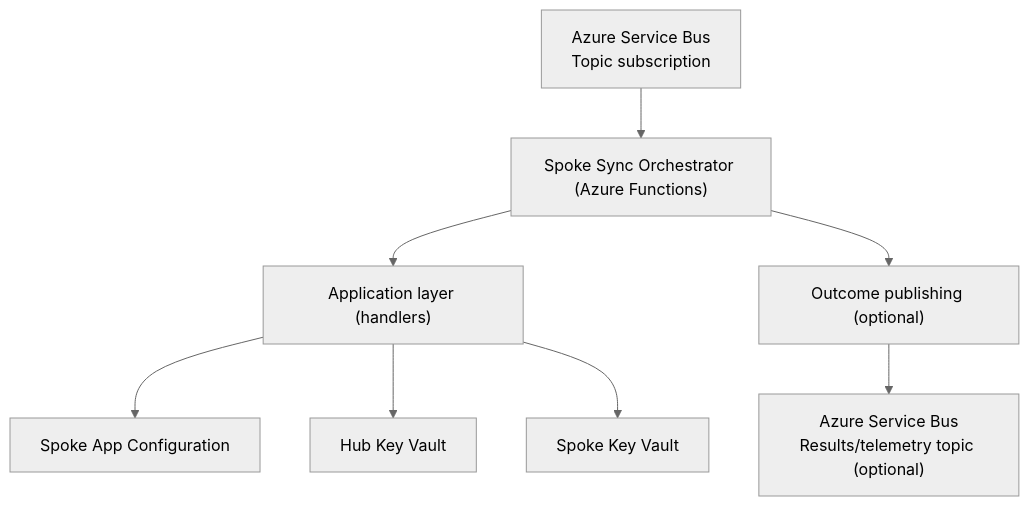
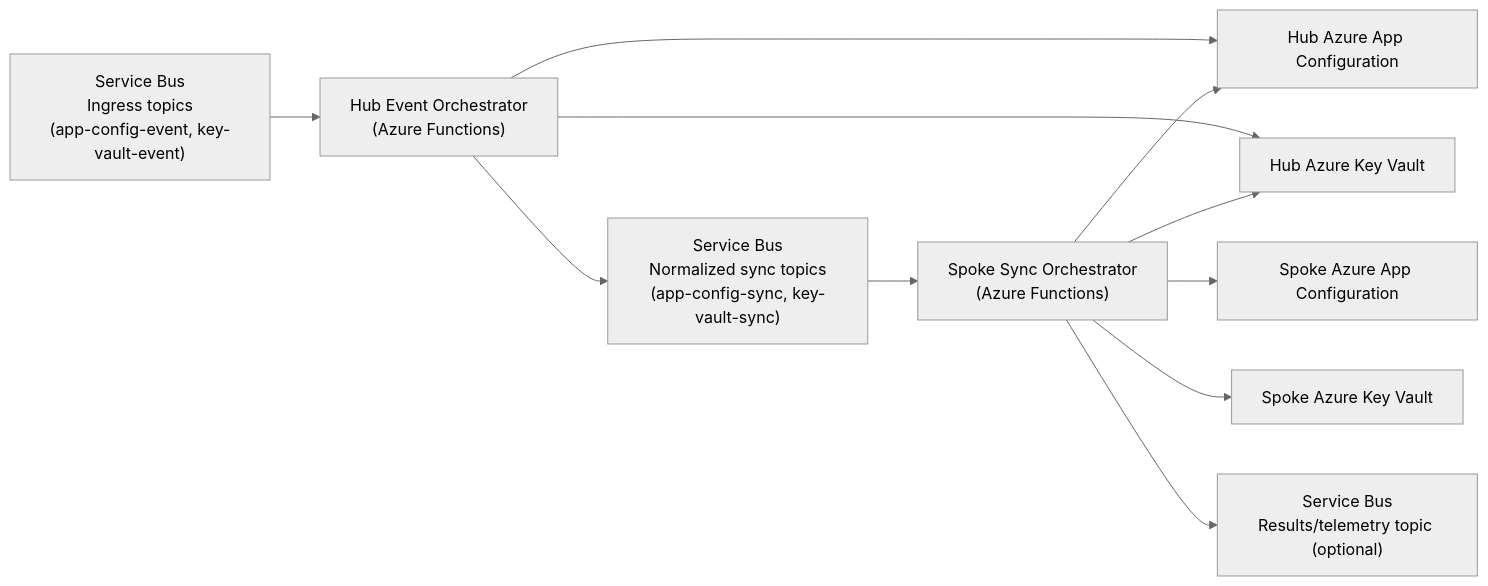
Before and after one commit to sowens81/aep-cmo-azure-enterprise-platform-config-management-orchestrator: the second of 4 diagrams in docs/Architecture.md, drawn with Mermaid (neutral theme). The commit also changed other lines of this file and 2 other files, not shown here.

````diff
--- a/docs/Architecture.md
+++ b/docs/Architecture.md
@@ -115,13 +162,20 @@
 ```mermaid
-flowchart TB
-  sb["Azure Service Bus<br>Topic subscription"] --> func["Spoke Sync Orchestrator (Azure Functions)"]
+flowchart LR
+  %% Ingress (Hub)
+  sbIngress["Service Bus<br>Ingress topics\n(app-config-event, key-vault-event)"] --> hubFunc["Hub Event Orchestrator\n(Azure Functions)"]
 
-  func --> app["Application layer (handlers)"]
-  func --> results["Outcome publishing (optional)"]
+  hubFunc --> hubAppCfg["Hub Azure App Configuration"]
+  hubFunc --> hubKv["Hub Azure Key Vault"]
 
-  app --> appCfg["Spoke App Configuration"]
-  app --> hubKv["Hub Key Vault"]
-  app --> spokeKv["Spoke Key Vault"]
+  hubFunc --> sbSync["Service Bus<br>Normalized sync topics\n(app-config-sync, key-vault-sync)"]
 
-  results --> sbRes["Azure Service Bus<br>Results/telemetry topic (optional)"]
+  %% Processing (Spoke)
+  sbSync --> spokeFunc["Spoke Sync Orchestrator\n(Azure Functions)"]
+  spokeFunc --> spokeAppCfg["Spoke Azure App Configuration"]
+  spokeFunc --> spokeKv["Spoke Azure Key Vault"]
+  spokeFunc --> hubKv
+  spokeFunc --> hubAppCfg
+
+  %% Optional outcomes
+  spokeFunc --> sbRes["Service Bus<br>Results/telemetry topic (optional)"]
 ```
````
